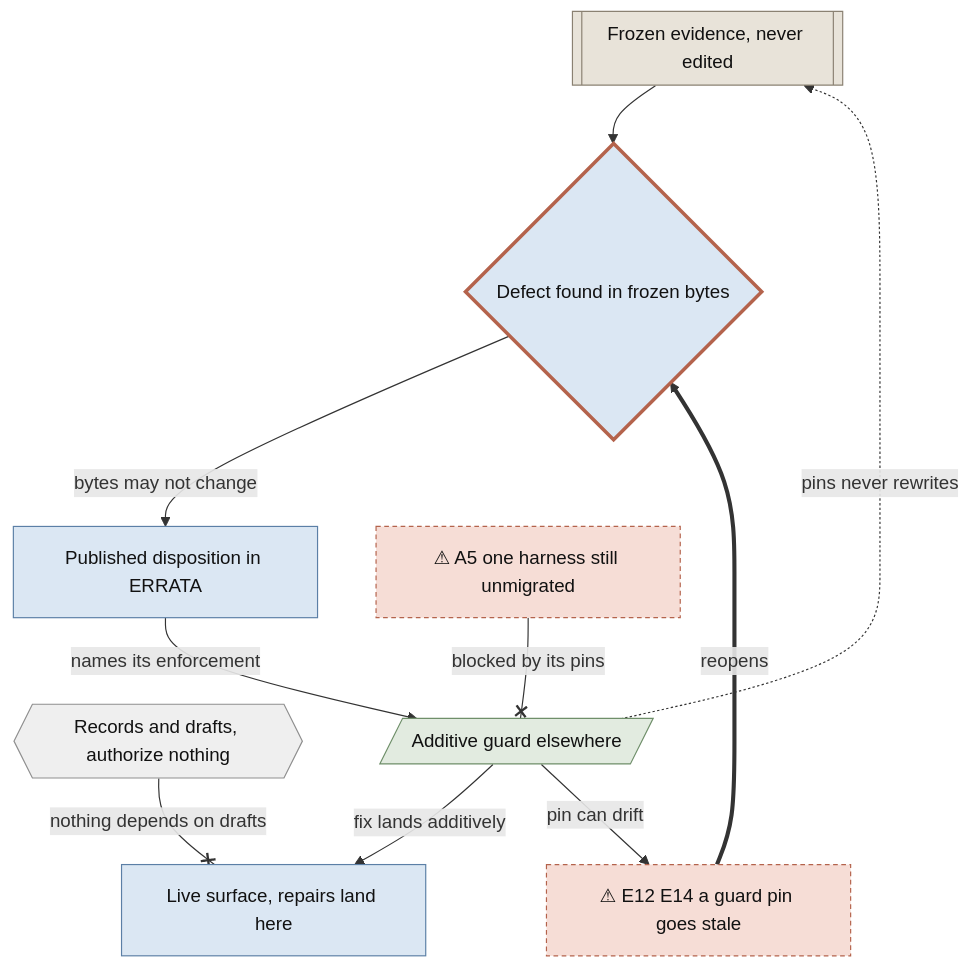
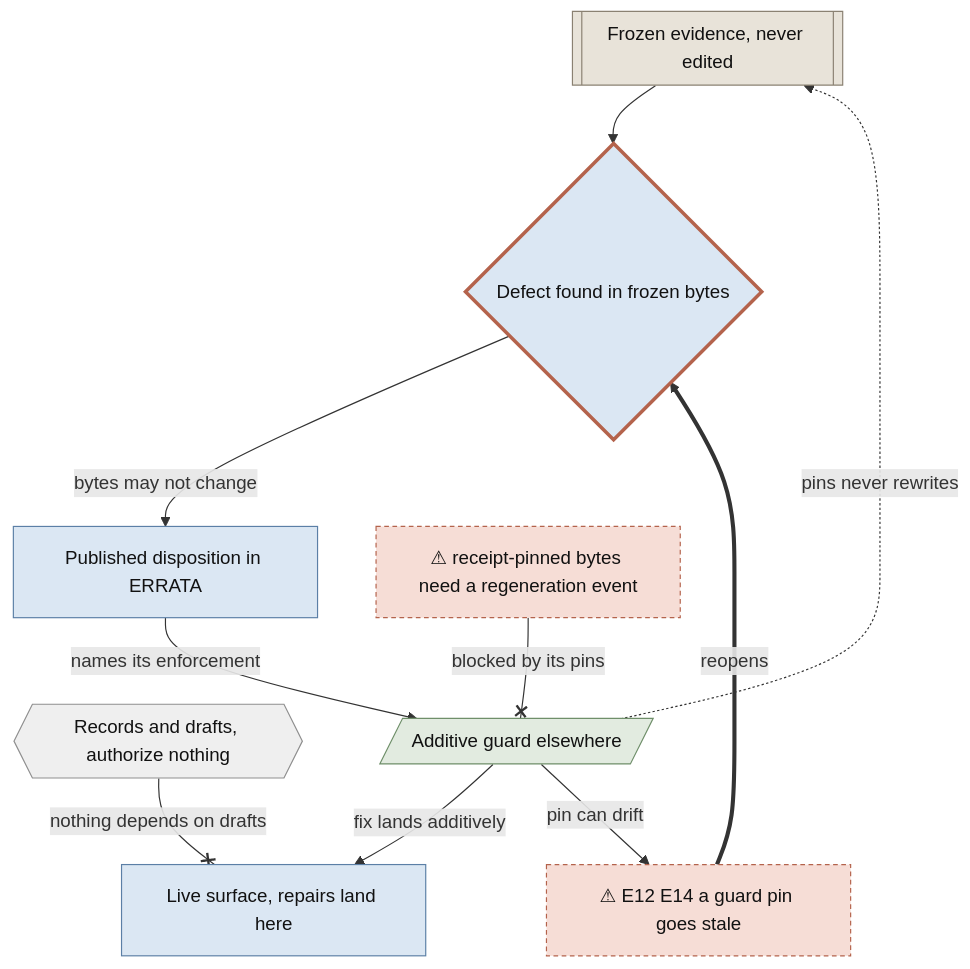
Before and after one commit to JamesDimachkie/receiver-reliance: the eighth of 11 diagrams in DIAGRAMS.md, drawn with Mermaid. The commit also changed other lines of this file and 14 other files, not shown here.

````diff
--- a/DIAGRAMS.md
+++ b/DIAGRAMS.md
@@ -657,39 +666,39 @@
 ```mermaid
 flowchart TD
   accTitle: The repository by class, and the errata loop
   accDescr: A defect found in frozen bytes cannot be fixed by editing them, so it becomes a published disposition plus an additive guard elsewhere, and that guard's own pin can go stale and reopen the same loop.
 
   frozen_table[["Frozen evidence, never edited"]]
   live_surface["Live surface, repairs land here"]
   records{{"Records and drafts, authorize nothing"}}
   defect{"Defect found in frozen bytes"}
   errata["Published disposition in ERRATA"]
   guard[/"Additive guard elsewhere"/]
   gap_stale["⚠ E12 E14 a guard pin goes stale"]
-  gap_evidence["⚠ A5 one harness still unmigrated"]
+  gap_evidence["⚠ receipt-pinned bytes need a regeneration event"]
 
   frozen_table --> defect
   defect -->|bytes may not change| errata
   errata -->|names its enforcement| guard
   guard -->|fix lands additively| live_surface
   guard -.->|pins never rewrites| frozen_table
   guard -->|pin can drift| gap_stale
   gap_stale ==>|reopens| defect
   gap_evidence --x|blocked by its pins| guard
   records --x|nothing depends on drafts| live_surface
 
   classDef live    fill:#dbe7f3,stroke:#5b7fa6,color:#111111
   classDef frozen  fill:#e8e3d9,stroke:#8a8172,color:#111111
   classDef harness fill:#e2ebe0,stroke:#6f8f6a,color:#111111
   classDef host    fill:#efefef,stroke:#8f8f8f,color:#111111
   classDef gap     fill:#f6ddd6,stroke:#b4634c,color:#111111,stroke-dasharray:4 3
   classDef focal   stroke:#b4634c,stroke-width:3px
 
   class frozen_table frozen
   class live_surface,errata live
   class records host
   class guard harness
   class gap_stale,gap_evidence gap
   class defect live
   class defect focal
 ```
````
